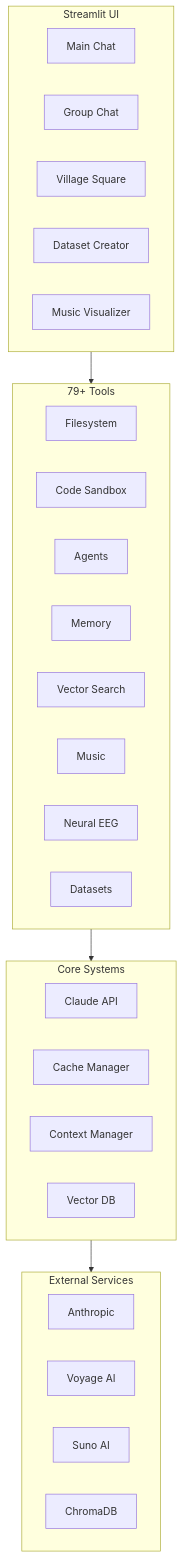
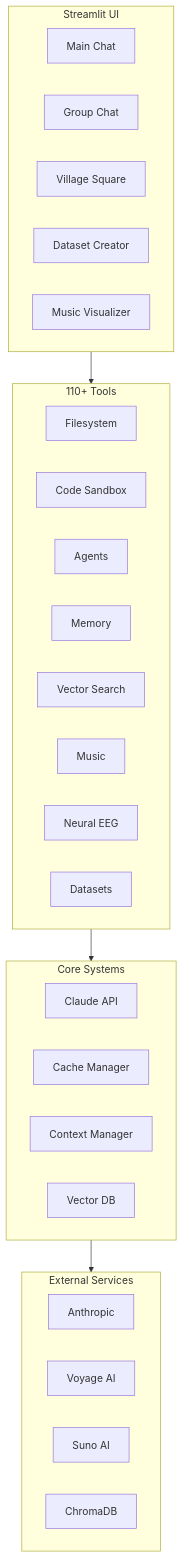
Before and after one commit to buckster123/ApexAurum: the third of 3 diagrams in README.md, drawn with Mermaid. The commit also changed other lines of this file and 3 other files, not shown here.

````diff
--- a/README.md
+++ b/README.md
@@ -250,43 +297,43 @@
 ```mermaid
 flowchart TB
     subgraph UI[Streamlit UI]
         direction LR
         MAIN[Main Chat]
         GC[Group Chat]
         VS[Village Square]
         DC[Dataset Creator]
         MV[Music Visualizer]
     end
 
-    subgraph TOOLS[79+ Tools]
+    subgraph TOOLS[110+ Tools]
         direction LR
         T1[Filesystem]
         T2[Code Sandbox]
         T3[Agents]
         T4[Memory]
         T5[Vector Search]
         T6[Music]
         T7[Neural EEG]
         T8[Datasets]
     end
 
     subgraph CORE[Core Systems]
         direction LR
         API[Claude API]
         CACHE[Cache Manager]
         CTX[Context Manager]
         VDB[Vector DB]
     end
 
     subgraph EXT[External Services]
         direction LR
         CLAUDE[Anthropic]
         VOYAGE[Voyage AI]
         SUNO[Suno AI]
         CHROMA[ChromaDB]
     end
 
     UI --> TOOLS
     TOOLS --> CORE
     CORE --> EXT
 ```
````
